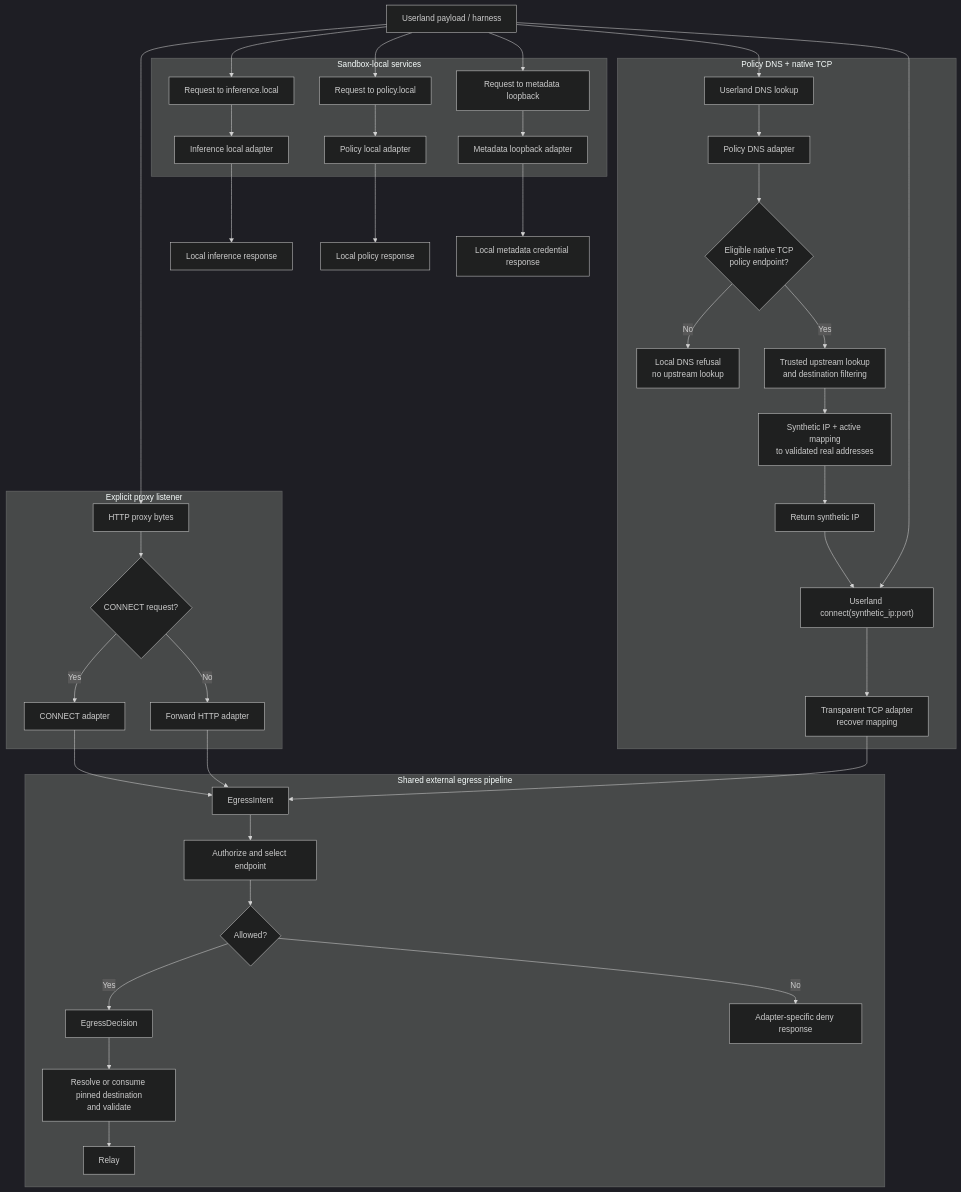
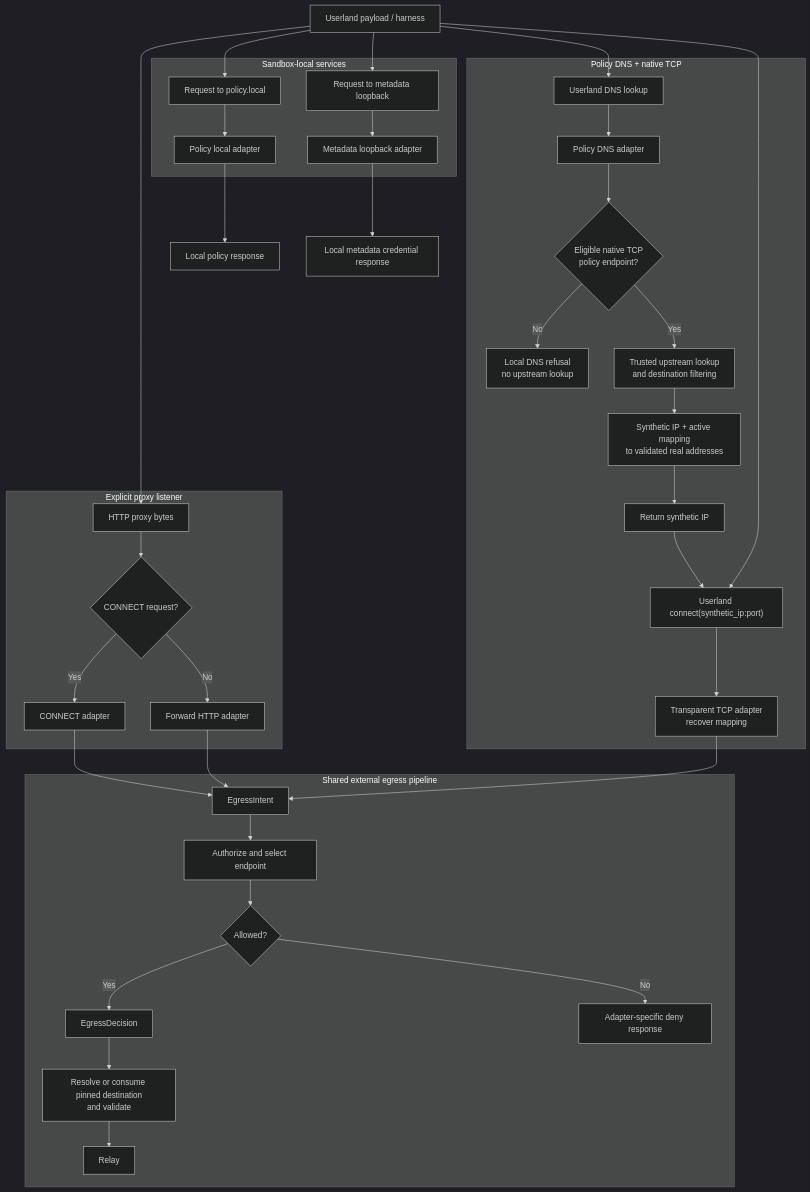
The first of 3 diagrams in rfc/0005-sandbox-proxy-egress-adapter/README.md (lightforgedev/OpenShell), drawn with Mermaid (dark theme) before and after one commit. The commit also changed other lines of this file and 13 other files, not shown here.

````diff
--- a/rfc/0005-sandbox-proxy-egress-adapter/README.md
+++ b/rfc/0005-sandbox-proxy-egress-adapter/README.md
@@ -128,75 +128,70 @@
 ```mermaid
 flowchart TD
     User["Userland payload / harness"]
 
     subgraph ExplicitProxy["Explicit proxy listener"]
         ProxyBytes["HTTP proxy bytes"]
         IsConnect{"CONNECT request?"}
         Connect["CONNECT adapter"]
         Forward["Forward HTTP adapter"]
         ProxyBytes --> IsConnect
         IsConnect -- Yes --> Connect
         IsConnect -- No --> Forward
     end
 
     subgraph NativeTcp["Policy DNS + native TCP"]
         NameLookup["Userland DNS lookup"]
         PolicyDns["Policy DNS adapter"]
         DnsEligible{"Eligible native TCP<br/>policy endpoint?"}
         DnsDeny["Local DNS refusal<br/>no upstream lookup"]
         TrustedDns["Trusted upstream lookup<br/>and destination filtering"]
         DnsMapping["Synthetic IP + active mapping<br/>to validated real addresses"]
         DnsAnswer["Return synthetic IP"]
         NativeConnect["Userland connect(synthetic_ip:port)"]
         TcpAdapter["Transparent TCP adapter<br/>recover mapping"]
         NameLookup --> PolicyDns
         PolicyDns --> DnsEligible
         DnsEligible -- No --> DnsDeny
         DnsEligible -- Yes --> TrustedDns
         TrustedDns --> DnsMapping
         DnsMapping --> DnsAnswer
         DnsAnswer --> NativeConnect
         NativeConnect --> TcpAdapter
     end
 
     subgraph LocalApis["Sandbox-local services"]
-        InferenceReq["Request to inference.local"]
         PolicyReq["Request to policy.local"]
         MetadataReq["Request to metadata loopback"]
-        InferenceAdapter["Inference local adapter"]
         PolicyAdapter["Policy local adapter"]
         MetadataAdapter["Metadata loopback adapter"]
-        InferenceReq --> InferenceAdapter
         PolicyReq --> PolicyAdapter
         MetadataReq --> MetadataAdapter
     end
 
     subgraph Shared["Shared external egress pipeline"]
         Intent["EgressIntent"]
         Auth["Authorize and select endpoint"]
         Decision["EgressDecision"]
         Validate["Resolve or consume pinned destination<br/>and validate"]
         Relay["Relay"]
         Deny["Adapter-specific deny response"]
         Intent --> Auth
         Auth --> Allowed{"Allowed?"}
         Allowed -- No --> Deny
         Allowed -- Yes --> Decision
         Decision --> Validate
         Validate --> Relay
     end
 
     User --> ProxyBytes
     User --> NameLookup
     User --> NativeConnect
-    User --> InferenceReq
     User --> PolicyReq
     User --> MetadataReq
 
     Connect --> Intent
     Forward --> Intent
     TcpAdapter --> Intent
-    InferenceAdapter --> InferenceResp["Local inference response"]
     PolicyAdapter --> PolicyResp["Local policy response"]
     MetadataAdapter --> MetadataResp["Local metadata credential response"]
 ```
````
